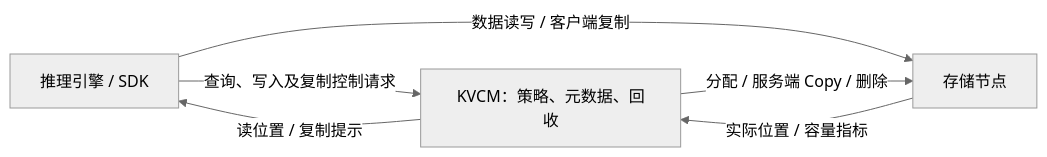
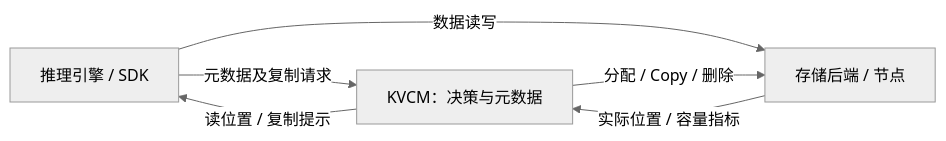
The diagram in docs/design-cache-affinity-v1.md (alibaba/tair-kvcache), drawn with Mermaid (neutral theme) before and after one commit. The commit also changed other lines of this file and 3 other files, not shown here.

````diff
--- a/docs/design-cache-affinity-v1.md
+++ b/docs/design-cache-affinity-v1.md
@@ -17,8 +17,8 @@
 ```mermaid
 flowchart LR
-    client["推理引擎 / SDK"] -->|查询、写入及复制控制请求| manager["KVCM：策略、元数据、回收"]
+    client["推理引擎 / SDK"] -->|元数据及复制请求| manager["KVCM：决策与元数据"]
     manager -->|读位置 / 复制提示| client
-    client -->|数据读写 / 客户端复制| storage["存储节点"]
-    manager -->|分配 / 服务端 Copy / 删除| storage
+    client -->|数据读写| storage["存储后端 / 节点"]
+    manager -->|分配 / Copy / 删除| storage
     storage -->|实际位置 / 容量指标| manager
 ```
````
